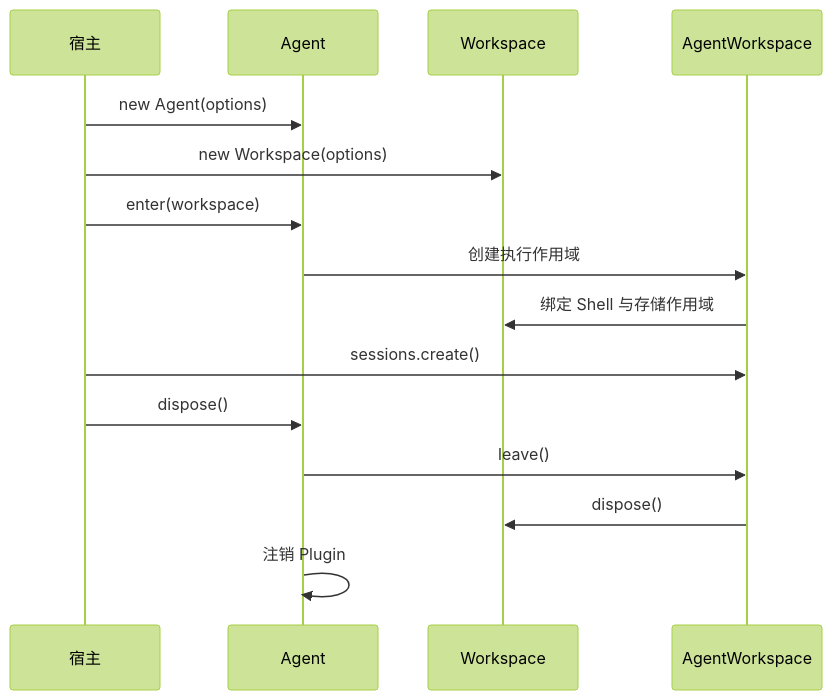
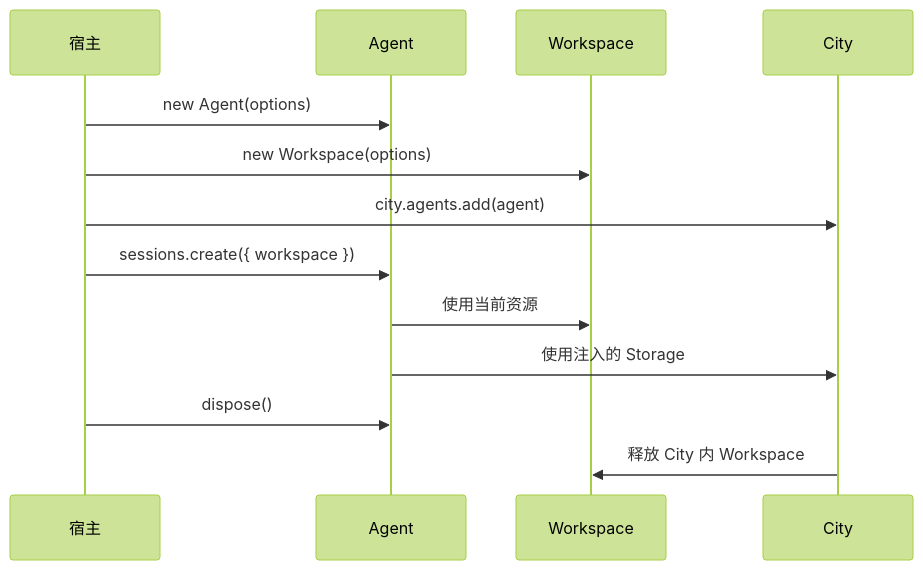
One commit to genesiscosmos/downcity changed the second of 2 diagrams in homepage/content/docs/zh/agent/sdk-architecture.mdx. Above: the diagram before and after it, drawn with Mermaid (forest theme). The commit also changed other lines of this file and 94 other files, not shown here.

Commit message:
refactor(city): unify agent storage ownership

````diff
--- a/homepage/content/docs/zh/agent/sdk-architecture.mdx
+++ b/homepage/content/docs/zh/agent/sdk-architecture.mdx
@@ -138,17 +134,15 @@
 ```mermaid
 sequenceDiagram
     participant Host as 宿主
     participant Agent
     participant Workspace
-    participant AW as AgentWorkspace
+    participant City
     Host->>Agent: new Agent(options)
     Host->>Workspace: new Workspace(options)
-    Host->>Agent: enter(workspace)
-    Agent->>AW: 创建执行作用域
-    AW->>Workspace: 绑定 Shell 与存储作用域
-    Host->>AW: sessions.create()
+    Host->>City: city.agents.add(agent)
+    Host->>Agent: sessions.create({ workspace })
+    Agent->>Workspace: 使用当前资源
+    Agent->>City: 使用注入的 Storage
     Host->>Agent: dispose()
-    Agent->>AW: leave()
-    AW->>Workspace: dispose()
-    Agent->>Agent: 注销 Plugin
+    City->>Workspace: 释放 City 内 Workspace
 ```
````
